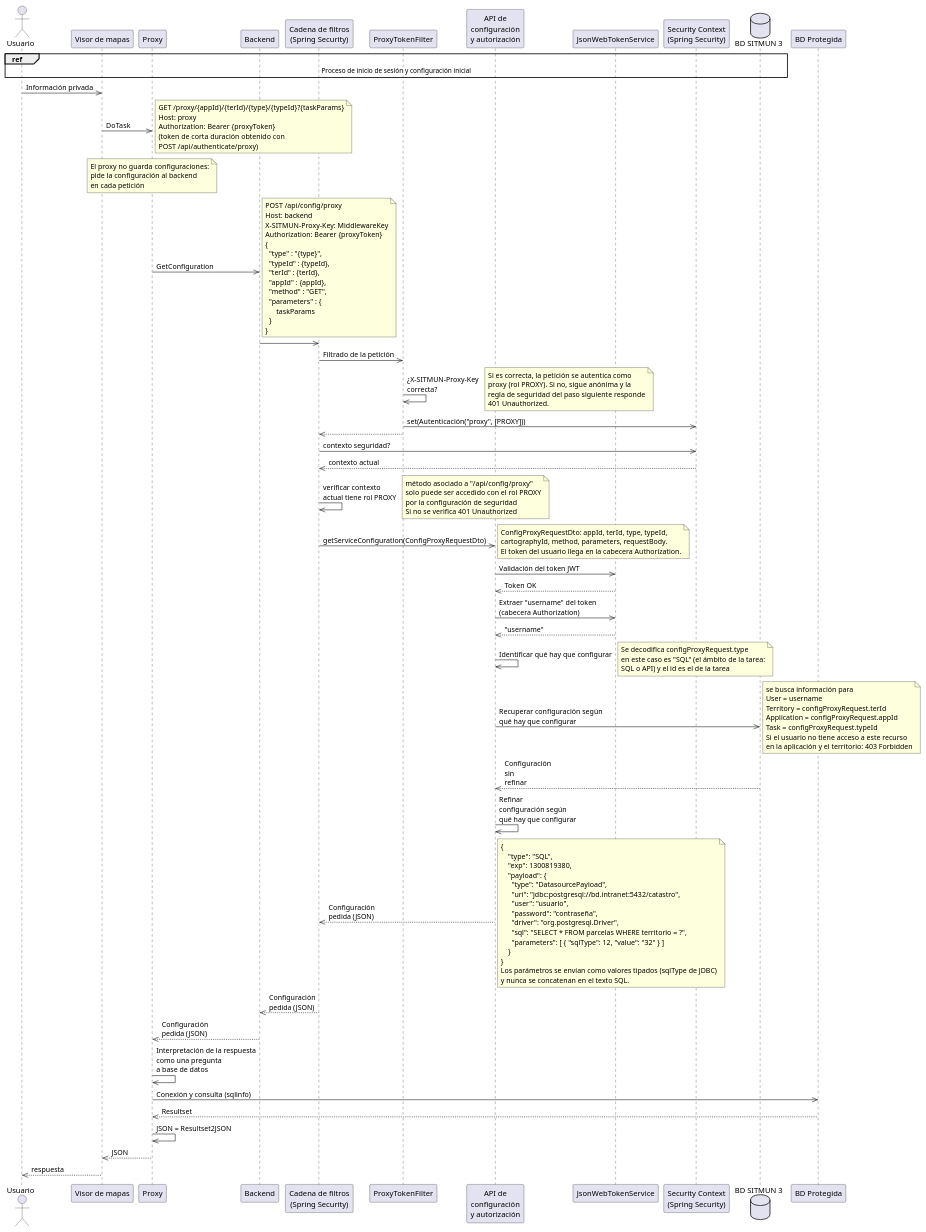
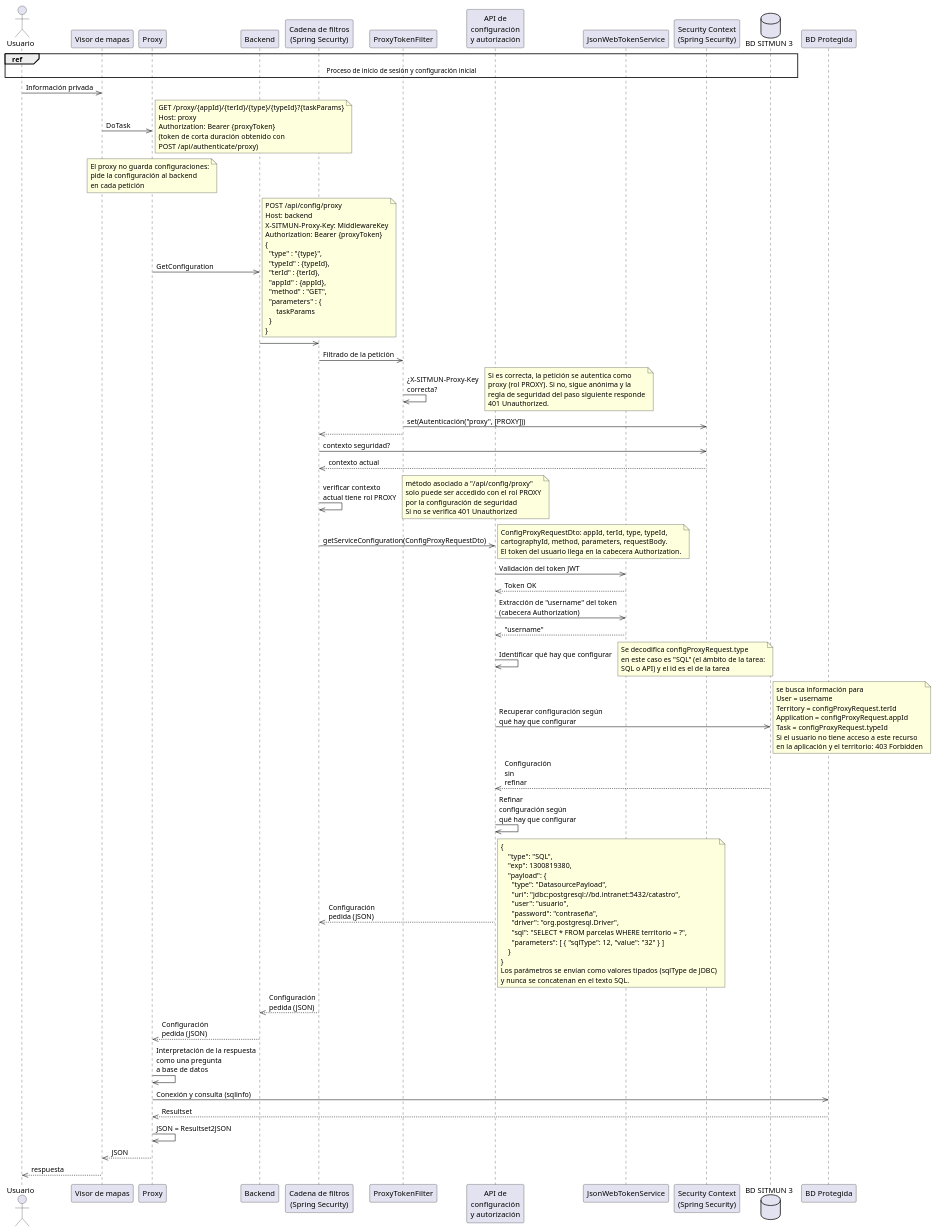
One commit to sitmun/sitmun.github.io changed the fourth of 6 diagrams in docs/que-es-sitmun/plataforma/arquitectura/index.md. Above: the diagram before and after it, drawn with PlantUML. The commit also changed other lines of this file and 12 other files, not shown here.

```diff
--- a/docs/que-es-sitmun/plataforma/arquitectura/index.md
+++ b/docs/que-es-sitmun/plataforma/arquitectura/index.md
@@ -705,7 +705,7 @@
 end note
 ConfigurationAPI ->> JsonWebTokenService: Validación del token JWT
 JsonWebTokenService -->> ConfigurationAPI: Token OK
-ConfigurationAPI ->> JsonWebTokenService: Extraer "username" del token\n(cabecera Authorization)
+ConfigurationAPI ->> JsonWebTokenService: Extracción de "username" del token\n(cabecera Authorization)
 JsonWebTokenService -->> ConfigurationAPI: "username"
 ConfigurationAPI ->> ConfigurationAPI: Identificar qué hay que configurar
 note right
```
